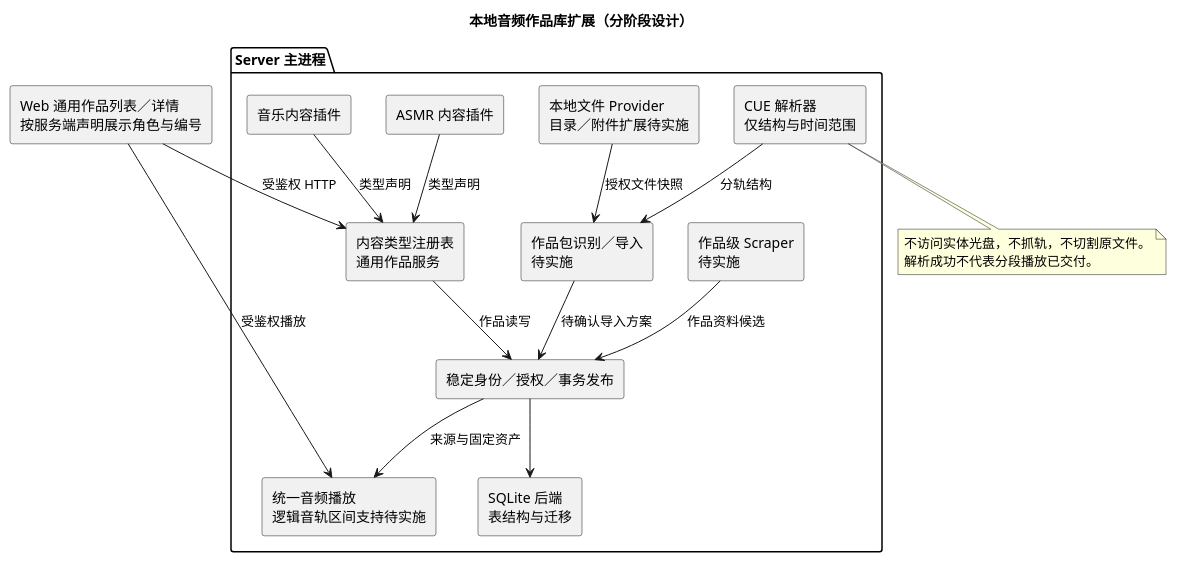
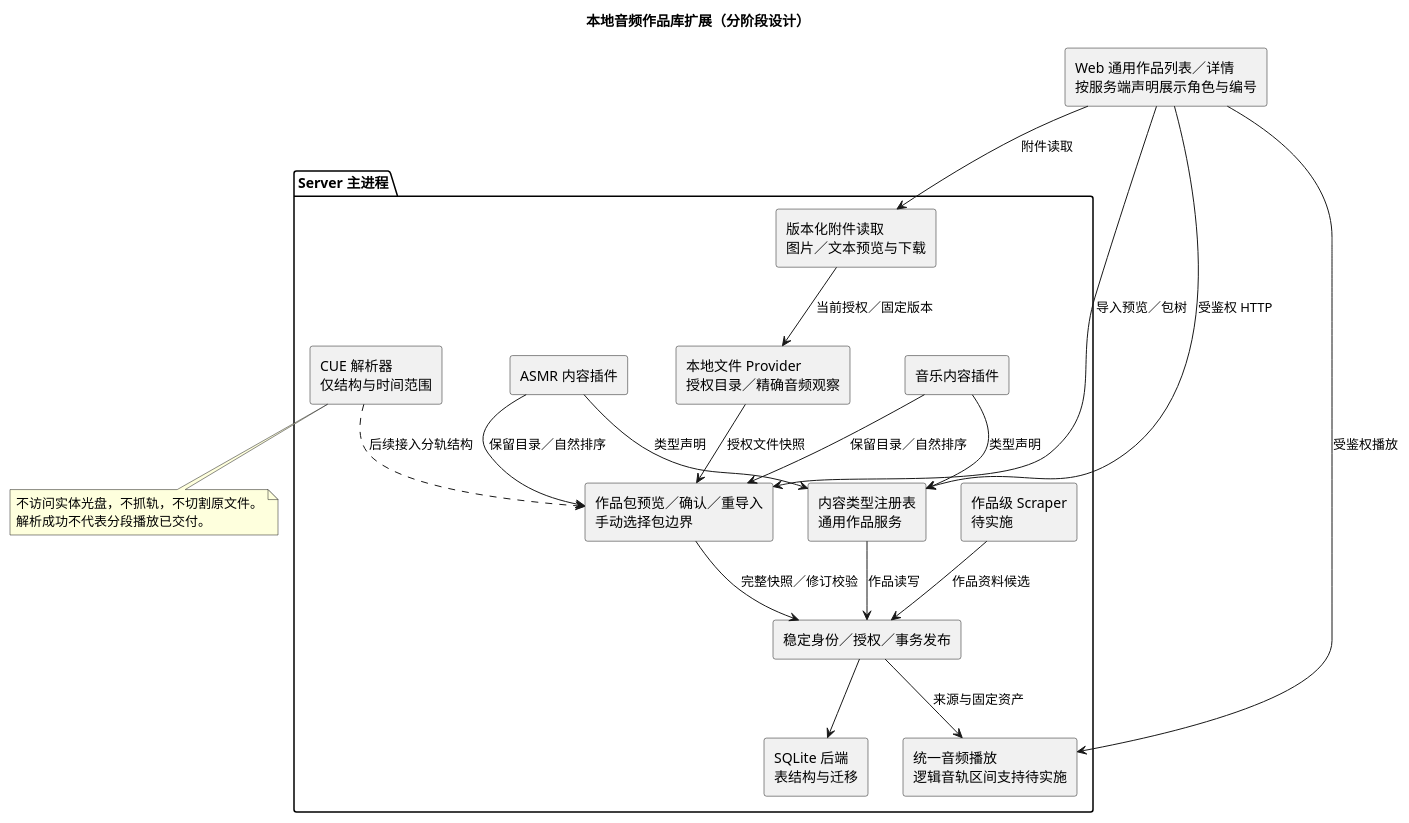
One commit to fnMrRice/MusicFS changed the diagram in docs/diagrams/content-library.puml. Above: the diagram before and after it, drawn with PlantUML. The commit also changed 3 other files, not shown here.

```diff
--- a/docs/diagrams/content-library.puml
+++ b/docs/diagrams/content-library.puml
@@ -1,32 +1,38 @@
 @startuml
 title 本地音频作品库扩展（分阶段设计）
 skinparam componentStyle rectangle
 package "Server 主进程" {
   component "内容类型注册表\n通用作品服务" as works
   component "音乐内容插件" as music
   component "ASMR 内容插件" as asmr
-  component "作品包识别／导入\n待实施" as importer
+  component "作品包预览／确认／重导入\n手动选择包边界" as importer
   component "CUE 解析器\n仅结构与时间范围" as cue
-  component "本地文件 Provider\n目录／附件扩展待实施" as local
+  component "本地文件 Provider\n授权目录／精确音频观察" as local
+  component "版本化附件读取\n图片／文本预览与下载" as attachments
   component "作品级 Scraper\n待实施" as scraper
   component "稳定身份／授权／事务发布" as core
   component "SQLite 后端\n表结构与迁移" as db
   component "统一音频播放\n逻辑音轨区间支持待实施" as player
   music --> works : 类型声明
   asmr --> works : 类型声明
   local --> importer : 授权文件快照
-  cue --> importer : 分轨结构
-  importer --> core : 待确认导入方案
+  music --> importer : 保留目录／自然排序
+  asmr --> importer : 保留目录／自然排序
+  cue ..> importer : 后续接入分轨结构
+  importer --> core : 完整快照／修订校验
+  attachments --> local : 当前授权／固定版本
   scraper --> core : 作品资料候选
   works --> core : 作品读写
   core --> db
   core --> player : 来源与固定资产
 }
 component "Web 通用作品列表／详情\n按服务端声明展示角色与编号" as web
 web --> works : 受鉴权 HTTP
+web --> importer : 导入预览／包树
+web --> attachments : 附件读取
 web --> player : 受鉴权播放
 note bottom of cue
 不访问实体光盘，不抓轨，不切割原文件。
 解析成功不代表分段播放已交付。
 end note
 @enduml
```
